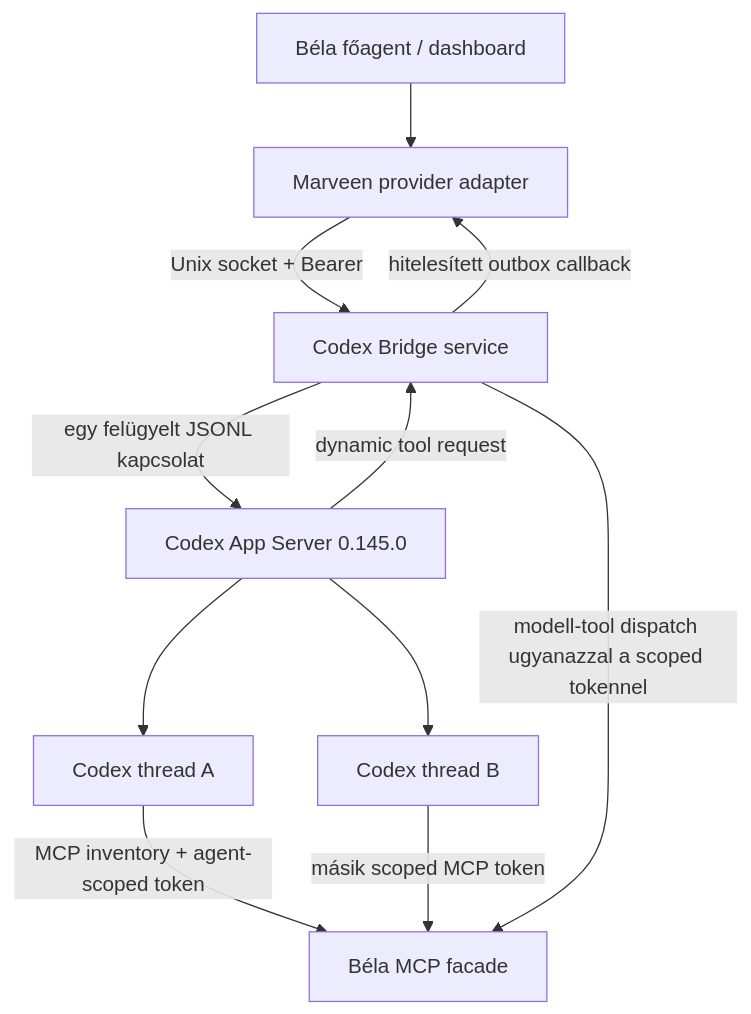
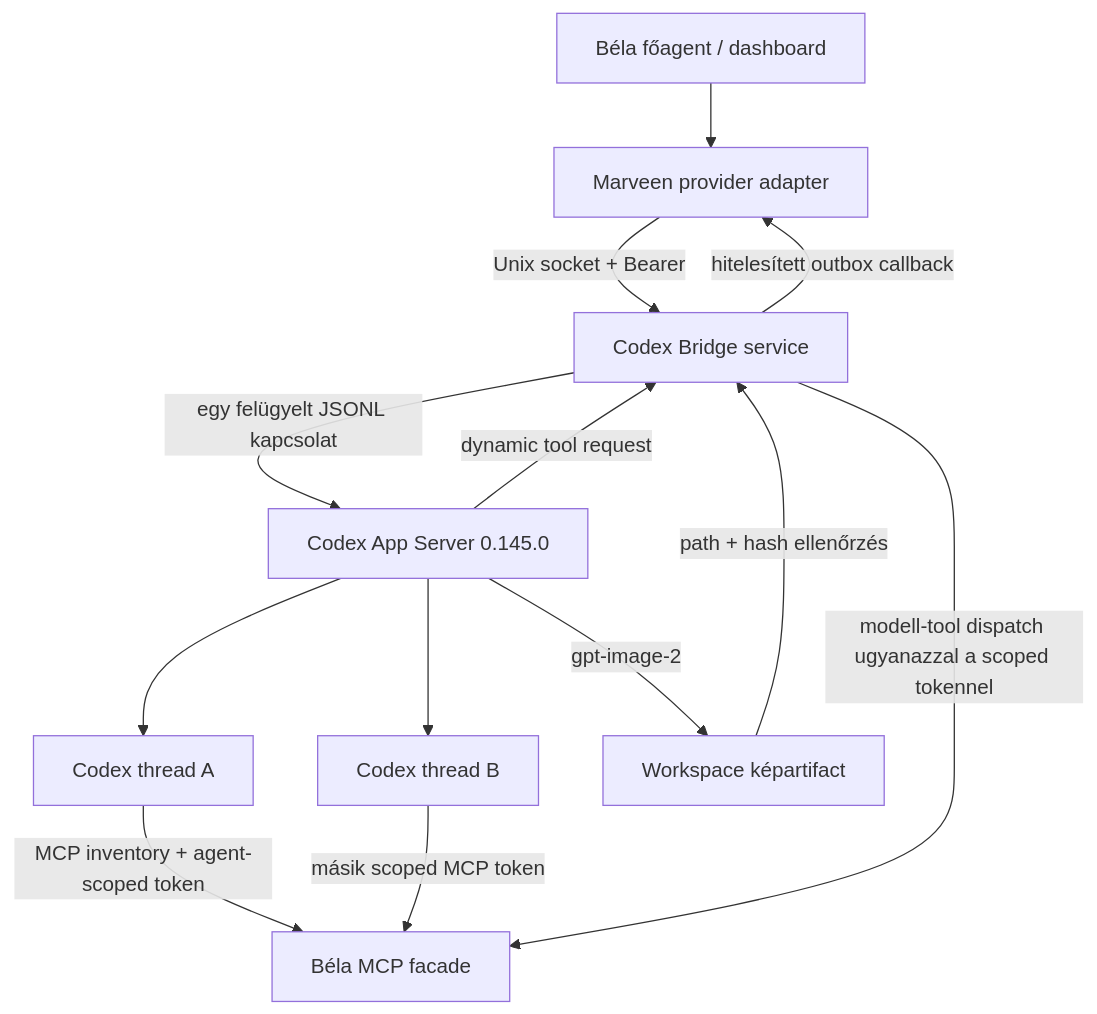
The diagram in README.md (styu01/Marveen-Codex-Bridge), drawn with Mermaid before and after one commit. The commit also changed other lines of this file and 44 other files, not shown here.

````diff
--- a/README.md
+++ b/README.md
@@ -50,13 +70,15 @@
 ```mermaid
 flowchart TD
   B["Béla főagent / dashboard"] --> A["Marveen provider adapter"]
   A -->|"Unix socket + Bearer"| S["Codex Bridge service"]
   S -->|"egy felügyelt JSONL kapcsolat"| C["Codex App Server 0.145.0"]
   C --> T1["Codex thread A"]
   C --> T2["Codex thread B"]
+  C -->|"gpt-image-2"| I["Workspace képartifact"]
   C -->|"dynamic tool request"| S
   T1 -->|"MCP inventory + agent-scoped token"| F["Béla MCP facade"]
   T2 -->|"másik scoped MCP token"| F
   S -->|"modell-tool dispatch ugyanazzal a scoped tokennel"| F
   S -->|"hitelesített outbox callback"| A
+  I -->|"path + hash ellenőrzés"| S
 ```
````
